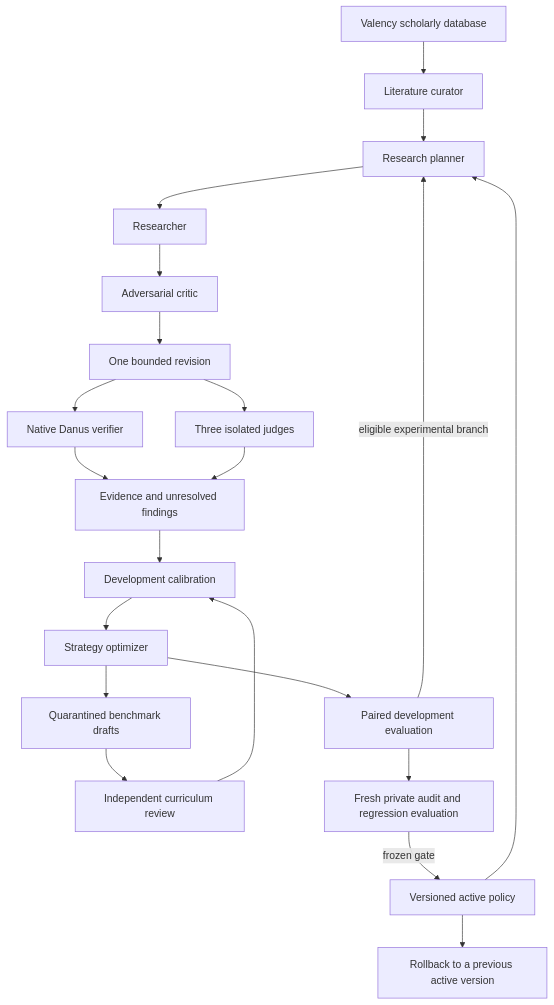
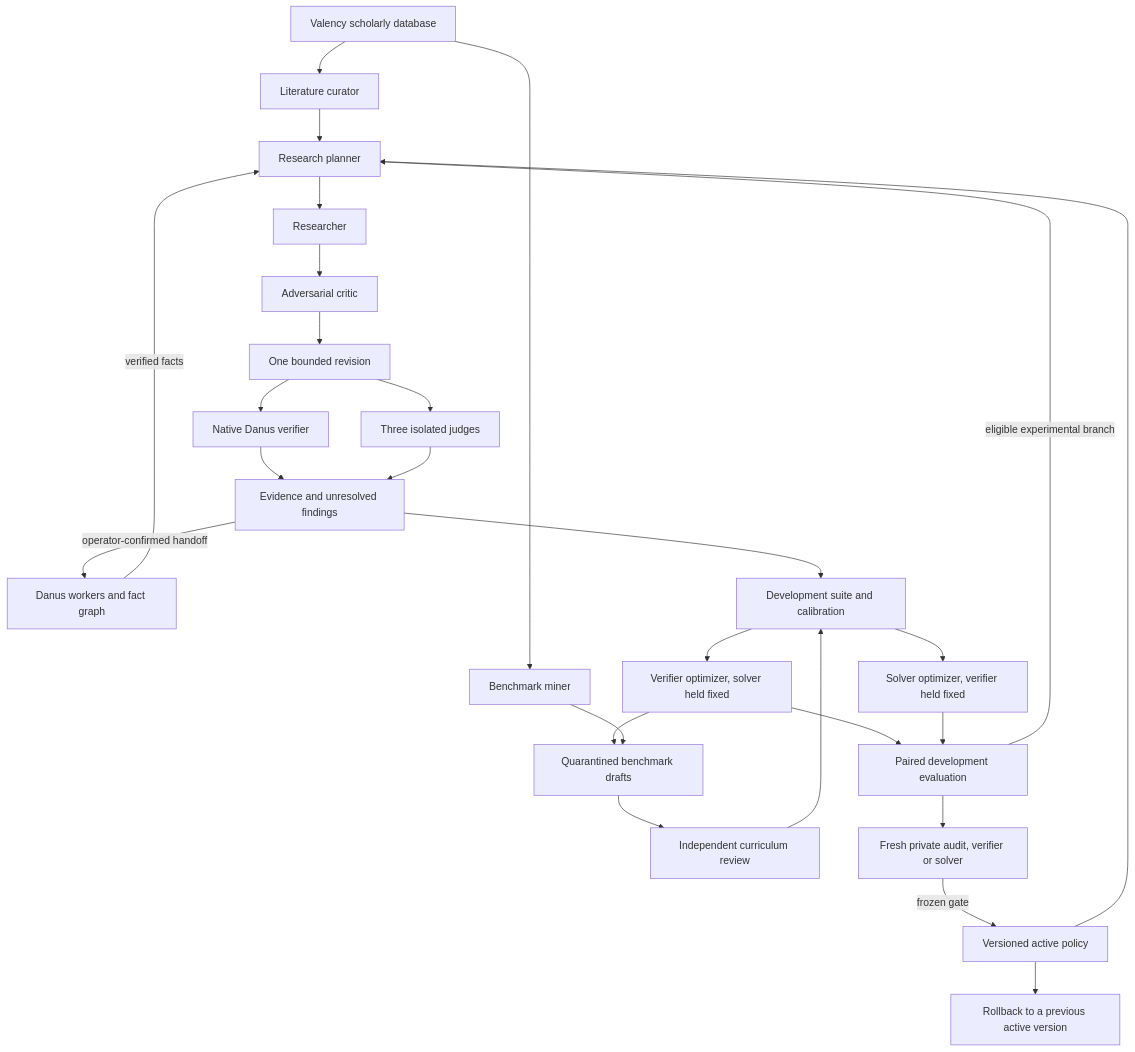
One commit to sliu778/danus-rsi-research changed the diagram in README.md. Above: the diagram before and after it, drawn with Mermaid. The commit also changed other lines of this file and 22 other files, not shown here.

First line of the commit message:
Add solver RSI arm, Valency benchmark miner and Danus bridge

````diff
--- a/README.md
+++ b/README.md
@@ -9,23 +9,29 @@
 ```mermaid
 flowchart TD
   V[Valency scholarly database] --> L[Literature curator]
+  V --> MI[Benchmark miner]
   L --> P[Research planner]
   P --> R[Researcher]
   R --> C[Adversarial critic]
   C --> X[One bounded revision]
   X --> N[Native Danus verifier]
   X --> J[Three isolated judges]
   N --> E[Evidence and unresolved findings]
   J --> E
-  E --> D[Development calibration]
-  D --> O[Strategy optimizer]
-  O --> B[Paired development evaluation]
+  E -->|operator-confirmed handoff| DW[Danus workers and fact graph]
+  DW -->|verified facts| P
+  E --> D[Development suite and calibration]
+  D --> OV[Verifier optimizer, solver held fixed]
+  D --> OS[Solver optimizer, verifier held fixed]
+  OV --> B[Paired development evaluation]
+  OS --> B
   B -->|eligible experimental branch| P
-  O --> Q[Quarantined benchmark drafts]
+  OV --> Q[Quarantined benchmark drafts]
+  MI --> Q
   Q --> H[Independent curriculum review]
   H --> D
-  B --> A[Fresh private audit and regression evaluation]
+  B --> A[Fresh private audit, verifier or solver]
   A -->|frozen gate| T[Versioned active policy]
   T --> P
   T --> U[Rollback to a previous active version]
 ```
````
